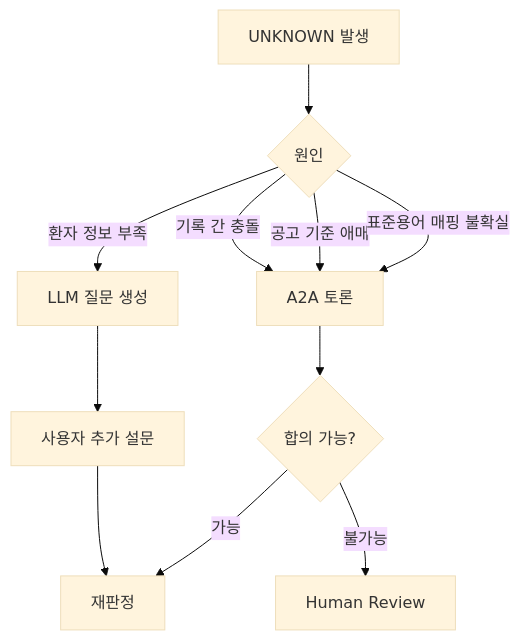
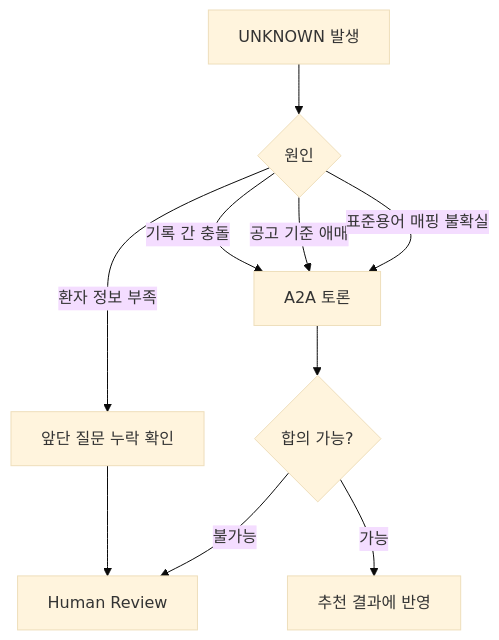
One commit to 1jaekim/AWS_Healthcare changed the seventh of 7 diagrams in doc/MATCHING_MODEL_V2.md. Above: the diagram before and after it, drawn with Mermaid (base theme). The commit also changed other lines of this file and 1 other file, not shown here.

````diff
--- a/doc/MATCHING_MODEL_V2.md
+++ b/doc/MATCHING_MODEL_V2.md
@@ -709,13 +715,12 @@
 ```mermaid
 flowchart TD
     U["UNKNOWN 발생"] --> C{"원인"}
-    C -->|환자 정보 부족| Q["LLM 질문 생성"]
+    C -->|환자 정보 부족| Q["앞단 질문 누락 확인"]
     C -->|기록 간 충돌| D["A2A 토론"]
     C -->|공고 기준 애매| D
     C -->|표준용어 매핑 불확실| D
-    Q --> A["사용자 추가 설문"]
-    A --> R["재판정"]
+    Q --> H["Human Review 또는 다음 실행"]
     D --> J{"합의 가능?"}
-    J -->|가능| R
+    J -->|가능| R["추천 결과에 반영"]
     J -->|불가능| H["Human Review"]
 ```
````
